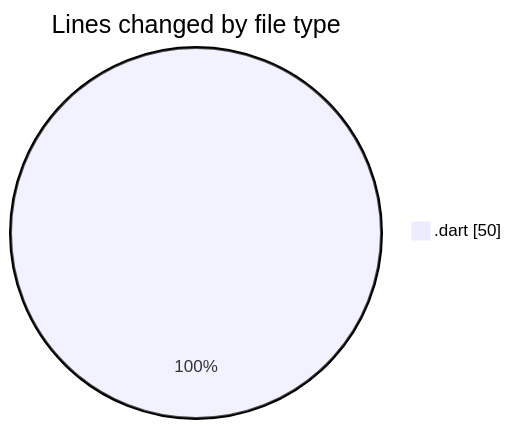
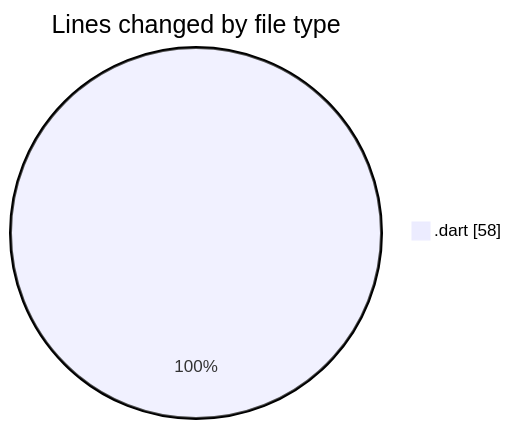
Before and after one commit to donsfak/code-tracking: the first of 2 diagrams in 2025-01-02/uber_clone/README.md, drawn with Mermaid. The commit also changed other lines of this file and 1 other file, not shown here.

````diff
--- a/2025-01-02/uber_clone/README.md
+++ b/2025-01-02/uber_clone/README.md
@@ -20,5 +21,5 @@
 ```mermaid
 pie showData
 title Lines changed by file type
-".dart" : 50
+".dart" : 58
 ```
````
